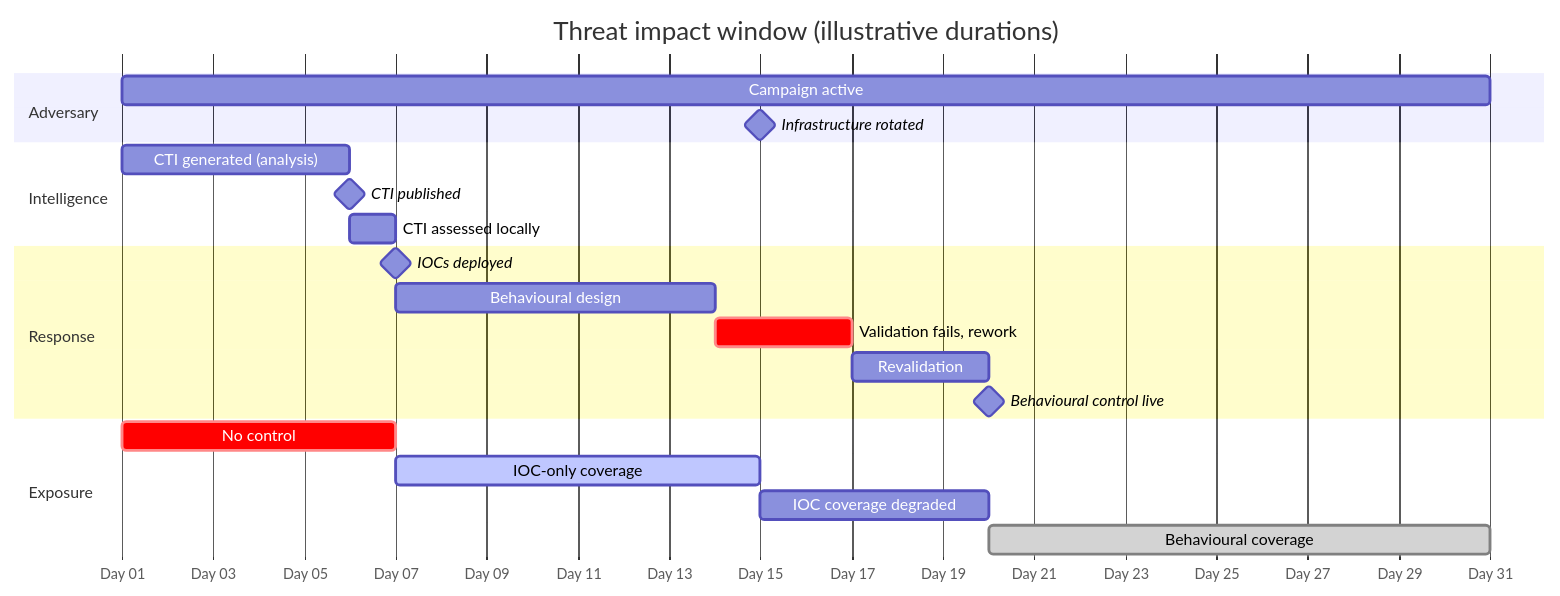
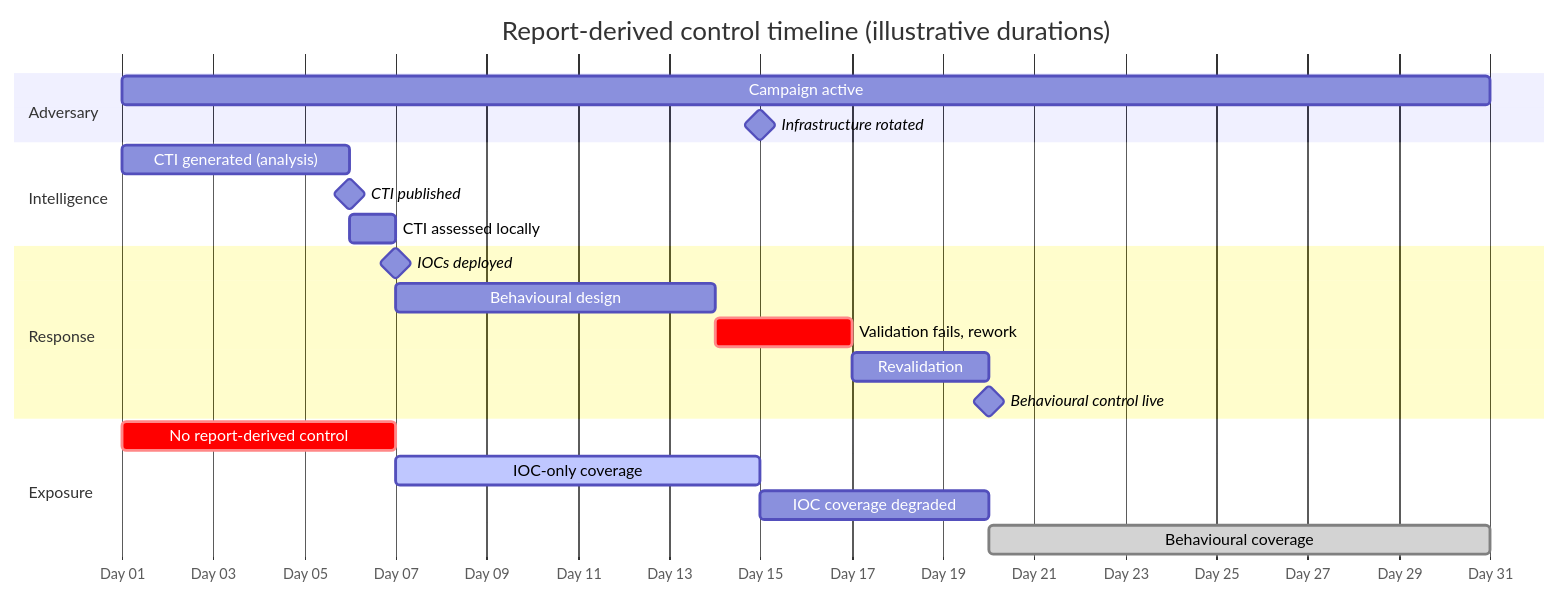
Before and after one commit to zbalkan/zbalkan.github.io: the diagram in _posts/2026-11-25-iocs-in-a-behaviour-first-detection-programme.md, drawn with Mermaid. The commit also changed other lines of this file, not shown here.

````diff
--- a/_posts/2026-11-25-iocs-in-a-behaviour-first-detection-programme.md
+++ b/_posts/2026-11-25-iocs-in-a-behaviour-first-detection-programme.md
@@ -32,28 +32,28 @@
 ```mermaid
 gantt
-    title Threat impact window (illustrative durations)
+    title Report-derived control timeline (illustrative durations)
     dateFormat YYYY-MM-DD
     axisFormat Day %d
 
     section Adversary
     Campaign active                 :a1, 2026-01-01, 30d
     Infrastructure rotated          :milestone, m0, 2026-01-15, 0d
 
     section Intelligence
     CTI generated (analysis)        :c1, 2026-01-01, 5d
     CTI published                   :milestone, m1, 2026-01-06, 0d
     CTI assessed locally            :c2, 2026-01-06, 1d
 
     section Response
     IOCs deployed                   :milestone, m2, 2026-01-07, 0d
     Behavioural design              :r1, 2026-01-07, 7d
     Validation fails, rework        :crit, r2, 2026-01-14, 3d
     Revalidation                    :r3, 2026-01-17, 3d
     Behavioural control live        :milestone, m3, 2026-01-20, 0d
 
     section Exposure
-    No control                      :crit, e1, 2026-01-01, 6d
+    No report-derived control       :crit, e1, 2026-01-01, 6d
     IOC-only coverage               :active, e2, 2026-01-07, 8d
     IOC coverage degraded           :e2b, 2026-01-15, 5d
     Behavioural coverage            :done, e3, 2026-01-20, 11d
 ```
````
